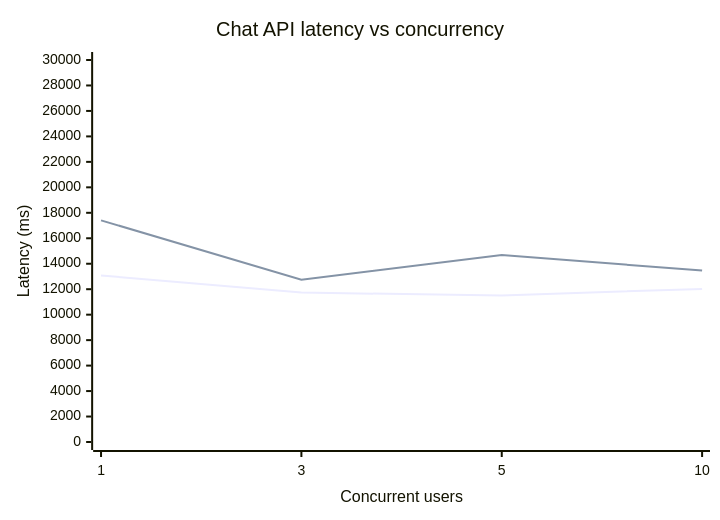
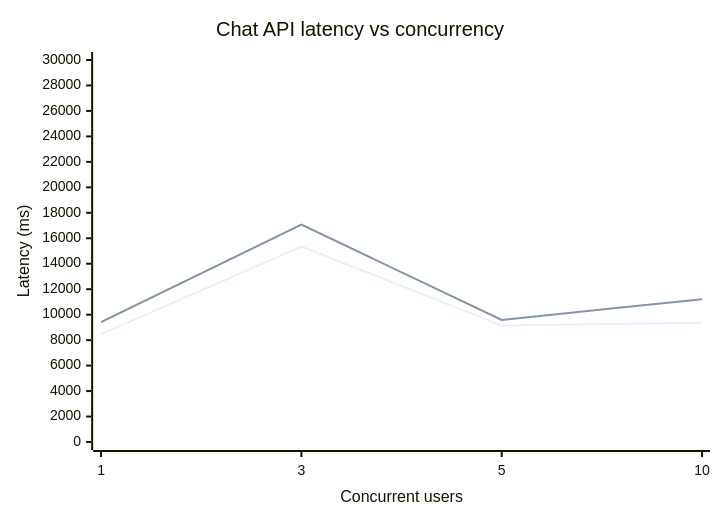
The first of 5 diagrams in reports/chat-performance-report.md (satyam-kalihari/sahyadri-echoes), drawn with Mermaid before and after one commit. The commit also changed other lines of this file and 7 other files, not shown here.

````diff
--- a/reports/chat-performance-report.md
+++ b/reports/chat-performance-report.md
@@ -13,8 +13,8 @@
 ```mermaid
 xychart-beta
     title "Chat API latency vs concurrency"
     x-axis "Concurrent users" [1, 3, 5, 10]
     y-axis "Latency (ms)" 0 --> 30000
-    line "Average" [13077, 11731.33, 11513.67, 12023.67]
-    line "P95" [17407, 12746, 14694, 13461]
+    line "Average" [8466, 15350, 9142.5, 9373.5]
+    line "P95" [9411, 17065, 9590, 11214]
 ```
````
